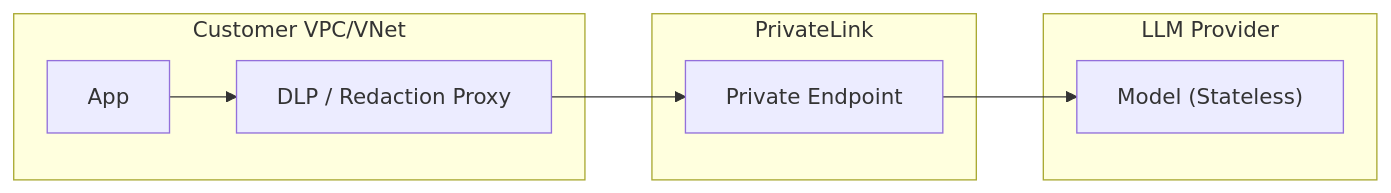
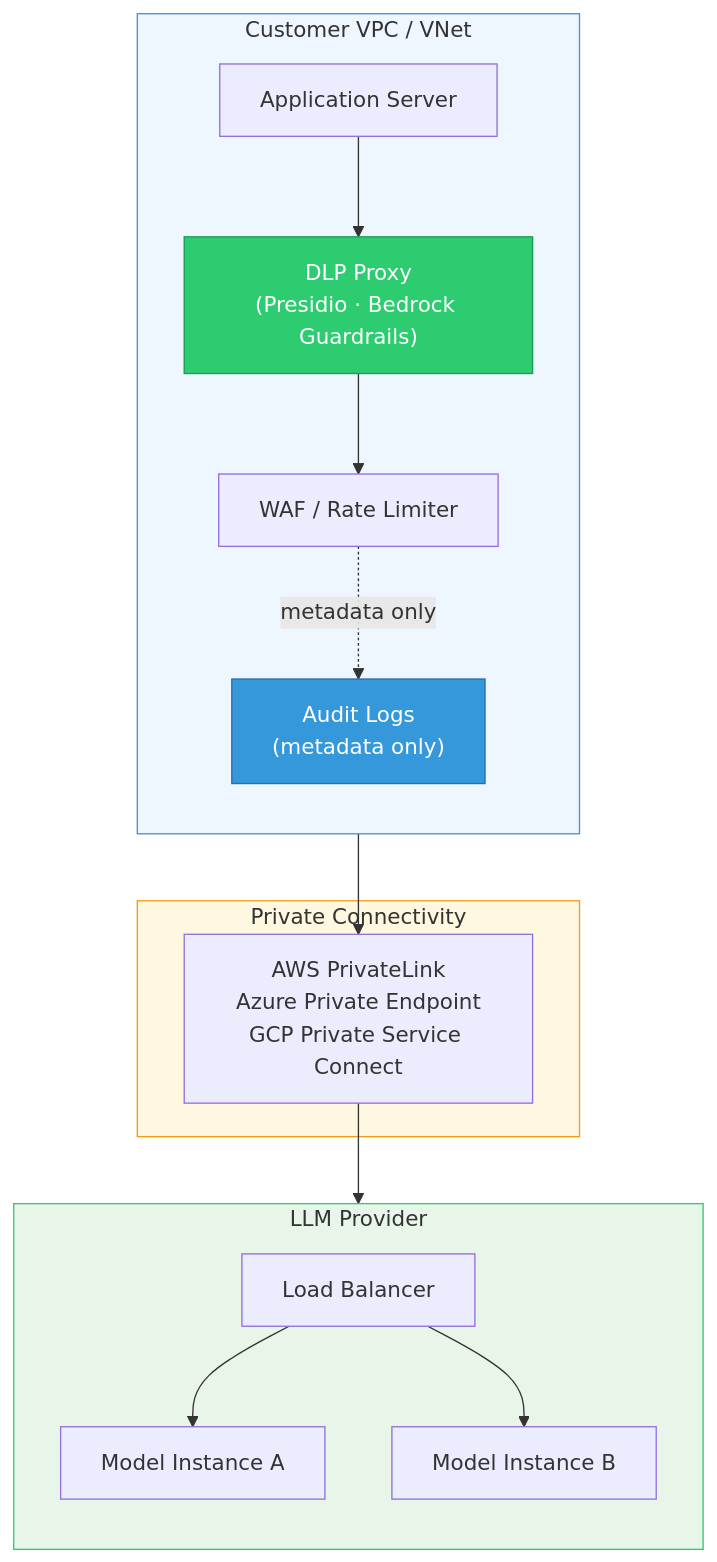
One commit to abubakarsiddik31/zdr changed the seventh of 10 diagrams in README.md. Above: the diagram before and after it, drawn with Mermaid. The commit also changed other lines of this file, not shown here.

Commit message:
docs: restructure README and expand provider coverage

````diff
--- a/README.md
+++ b/README.md
@@ -144,14 +847,35 @@
 ```mermaid
-flowchart LR
-  subgraph Customer_VPC["Customer VPC/VNet"]
-    App["App"]
-    Proxy["DLP / Redaction Proxy"]
-  end
-  subgraph Private_Link["PrivateLink"]
-    PE["Private Endpoint"]
-  end
-  subgraph Provider["LLM Provider"]
-    LLM["Model (Stateless)"]
-  end
-  App --> Proxy --> PE --> LLM
+flowchart TB
+    subgraph CustomerVPC["Customer VPC / VNet"]
+        direction TB
+        App["Application Server"]
+        DLP["DLP Proxy\n(Presidio · Bedrock Guardrails)"]
+        Logs["Audit Logs\n(metadata only)"]
+        WAF["WAF / Rate Limiter"]
+    end
+
+    subgraph PrivateLink["Private Connectivity"]
+        PE["AWS PrivateLink\nAzure Private Endpoint\nGCP Private Service Connect"]
+    end
+
+    subgraph Provider["LLM Provider"]
+        direction TB
+        LB["Load Balancer"]
+        GPU1["Model Instance A"]
+        GPU2["Model Instance B"]
+        LB --> GPU1
+        LB --> GPU2
+    end
+
+    App --> DLP
+    DLP --> WAF
+    WAF -.->|"metadata only"| Logs
+    WAF --> PE
+    PE --> LB
+
+    style CustomerVPC fill:#eef6ff,stroke:#4a90d9
+    style PrivateLink fill:#fff8e1,stroke:#f39c12
+    style Provider fill:#e8f5e9,stroke:#2ecc71
+    style DLP fill:#2ecc71,stroke:#1a9c54,color:#fff
+    style Logs fill:#3498db,stroke:#2471a3,color:#fff
 ```
````
